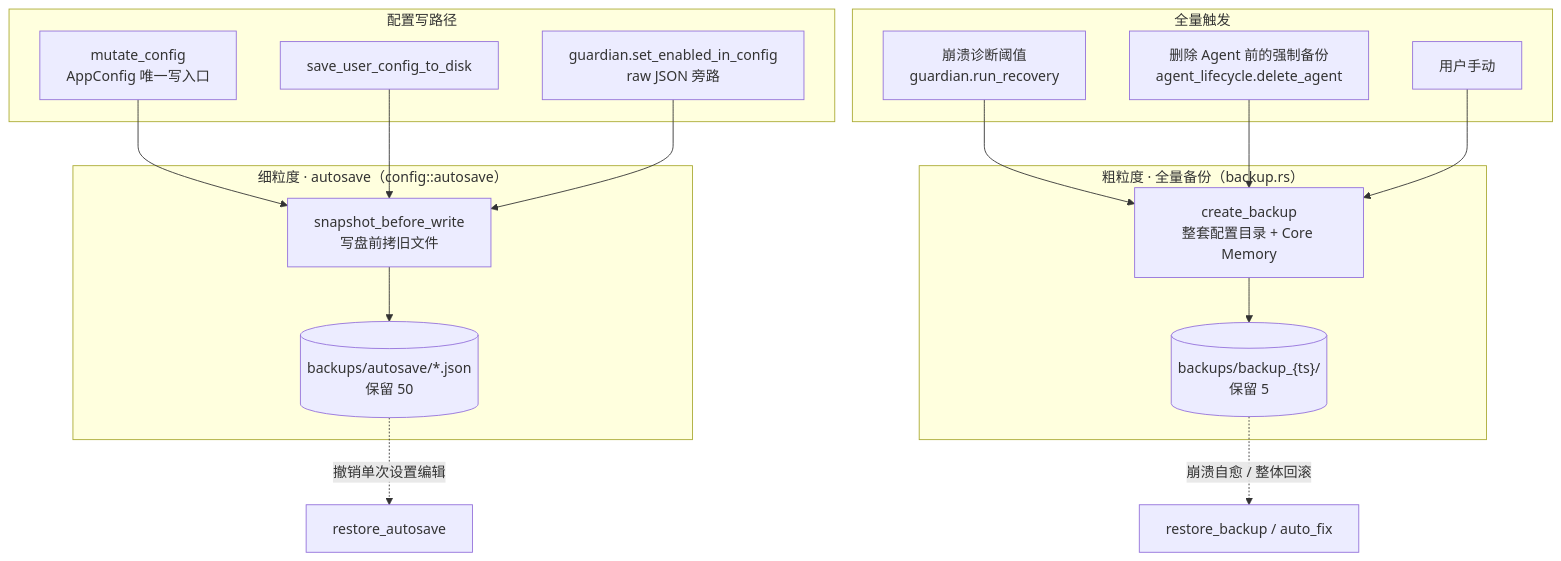
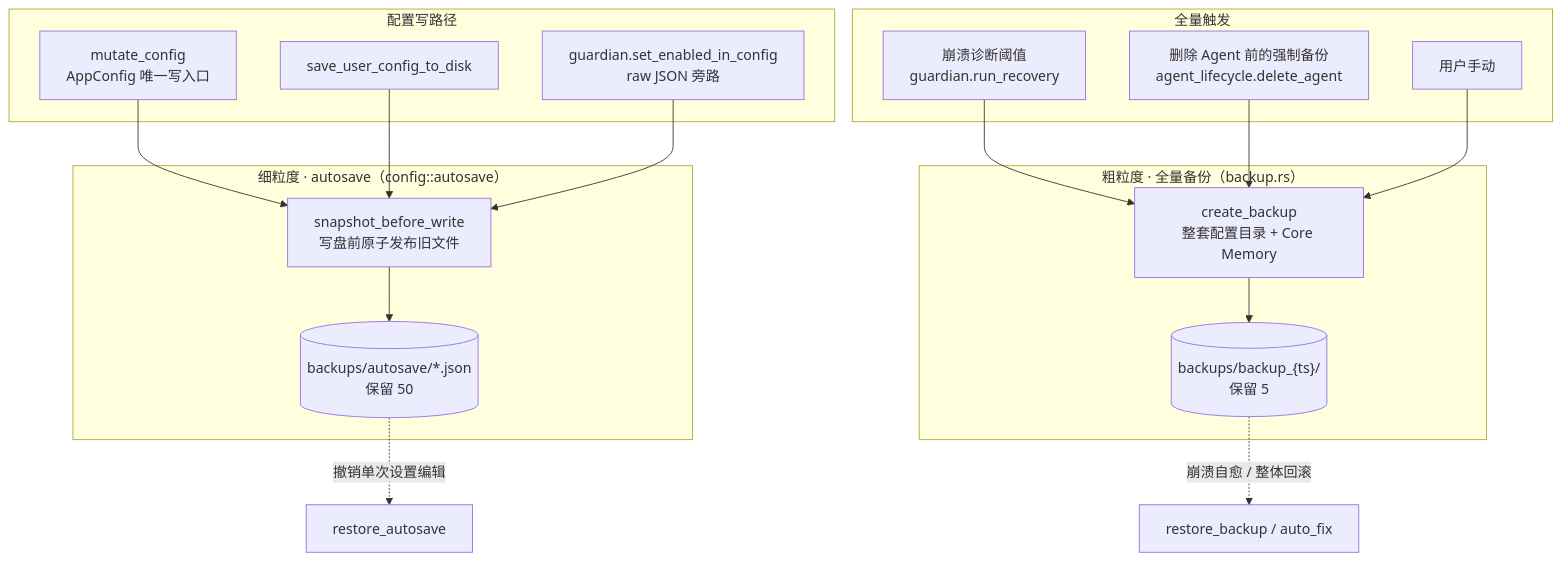
One commit to shiwenwen/hope-agent changed the first of 3 diagrams in docs/architecture/infra/backup-autosave.md. Above: the diagram before and after it, drawn with Mermaid. The commit also changed other lines of this file and 6 other files, not shown here.

````diff
--- a/docs/architecture/infra/backup-autosave.md
+++ b/docs/architecture/infra/backup-autosave.md
@@ -25,34 +25,34 @@
 ```mermaid
 flowchart TB
     subgraph write["配置写路径"]
       MC["mutate_config<br/>AppConfig 唯一写入口"]
       UC["save_user_config_to_disk"]
       GD["guardian.set_enabled_in_config<br/>raw JSON 旁路"]
     end
     subgraph fine["细粒度 · autosave（config::autosave）"]
-      SBW["snapshot_before_write<br/>写盘前拷旧文件"]
+      SBW["snapshot_before_write<br/>写盘前原子发布旧文件"]
       ADIR[("backups/autosave/*.json<br/>保留 50")]
     end
     subgraph crash["粗粒度 · 全量备份（backup.rs）"]
       CB["create_backup<br/>整套配置目录 + Core Memory"]
       BDIR[("backups/backup_{ts}/<br/>保留 5")]
     end
     subgraph trig["全量触发"]
       GR["崩溃诊断阈值<br/>guardian.run_recovery"]
       DEL["删除 Agent 前的强制备份<br/>agent_lifecycle.delete_agent"]
       MAN["用户手动"]
     end
 
     MC --> SBW
     UC --> SBW
     GD --> SBW
     SBW --> ADIR
 
     GR --> CB
     DEL --> CB
     MAN --> CB
     CB --> BDIR
 
     ADIR -. 撤销单次设置编辑 .-> RA["restore_autosave"]
     BDIR -. 崩溃自愈 / 整体回滚 .-> RB["restore_backup / auto_fix"]
 ```
````
